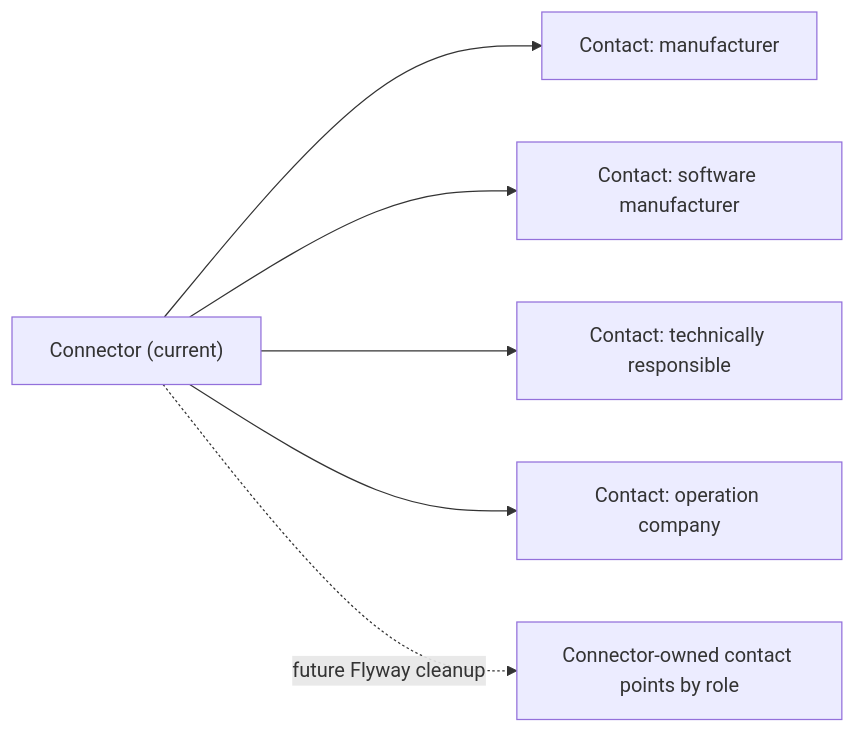
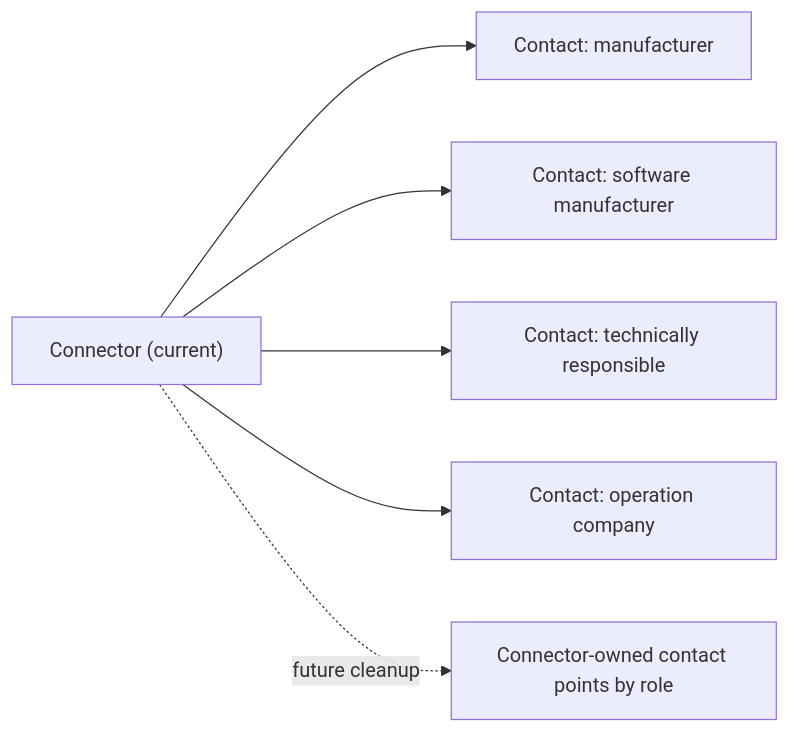
The second of 5 diagrams in docs/architecture/pegelhub-domain-model.md (viadonau/pegelhub), drawn with Mermaid before and after one commit. The commit also changed other lines of this file and 44 other files, not shown here.

````diff
--- a/docs/architecture/pegelhub-domain-model.md
+++ b/docs/architecture/pegelhub-domain-model.md
@@ -130,9 +137,9 @@
 ```mermaid
 flowchart LR
     Connector["Connector (current)"] --> Manufacturer["Contact: manufacturer"]
     Connector --> SoftwareManufacturer["Contact: software manufacturer"]
     Connector --> TechnicalResponsible["Contact: technically responsible"]
     Connector --> OperationCompany["Contact: operation company"]
 
-    Connector -. "future Flyway cleanup" .-> ContactPoints["Connector-owned contact points by role"]
+    Connector -. "future cleanup" .-> ContactPoints["Connector-owned contact points by role"]
 ```
````
